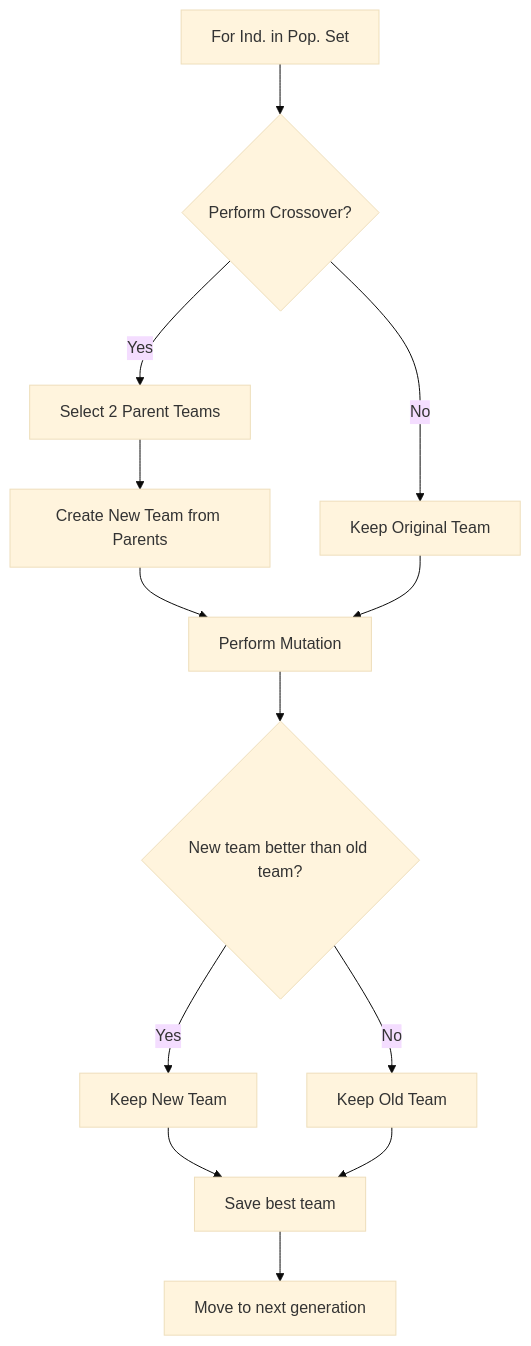
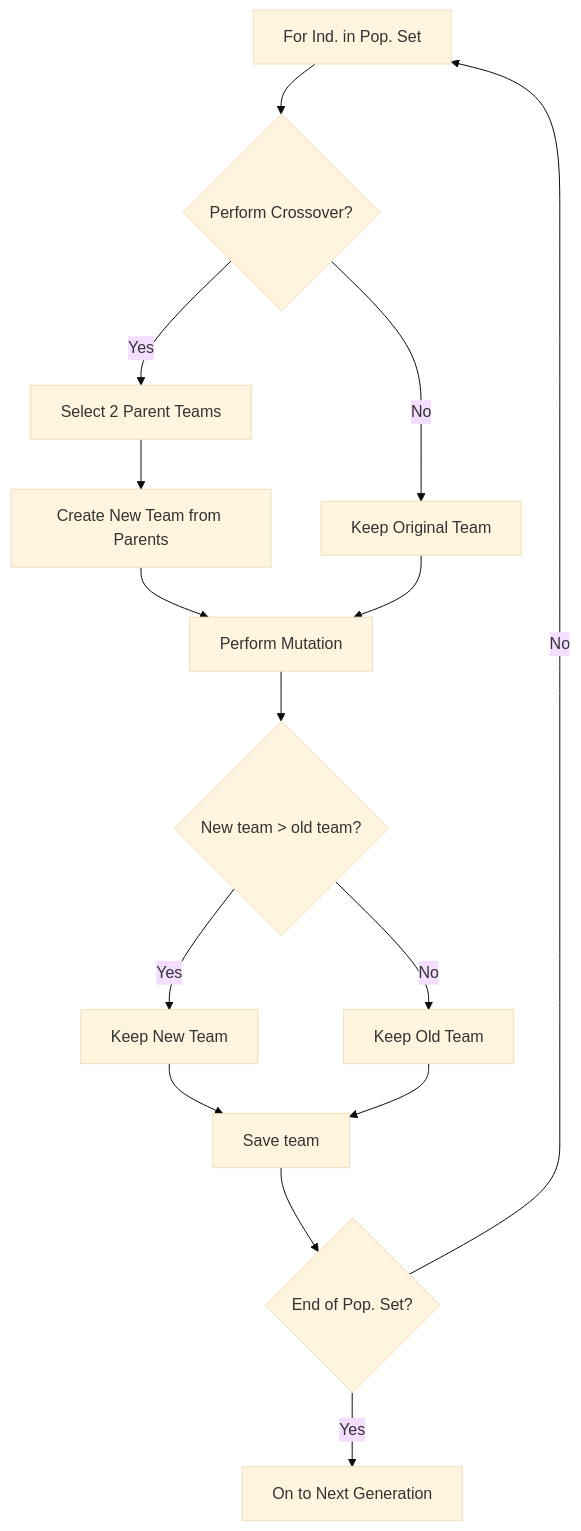
The second of 2 diagrams in README.md (malavnaik12/F1_Fantasy_Model), drawn with Mermaid (base theme) before and after one commit. The commit also changed other lines of this file, not shown here.

Commit message:
minor wording updates

````diff
--- a/README.md
+++ b/README.md
@@ -79,15 +80,17 @@
 ```mermaid
 flowchart TD
   A[For Ind. in Pop. Set] --> B{Perform Crossover?};
   B -- Yes --> C[Select 2 Parent Teams];
   C --> D[Create New Team from Parents];
   B -- No --> E[Keep Original Team];
   D --> F[Perform Mutation];
   E --> F[Perform Mutation];
-  F --> G{New team better than old team?};
+  F --> G{New team > old team?};
   G -- Yes --> H[Keep New Team];
   G -- No --> I[Keep Old Team];
-  H --> J[Save best team]
-  I --> J[Save best team]
-  J --> K[Move to next generation]
+  H --> J[Save team];
+  I --> J[Save team];
+  J --> K{End of Pop. Set?};
+  K -- No --> A;
+  K -- Yes --> L[On to Next Generation];
 ```
````
